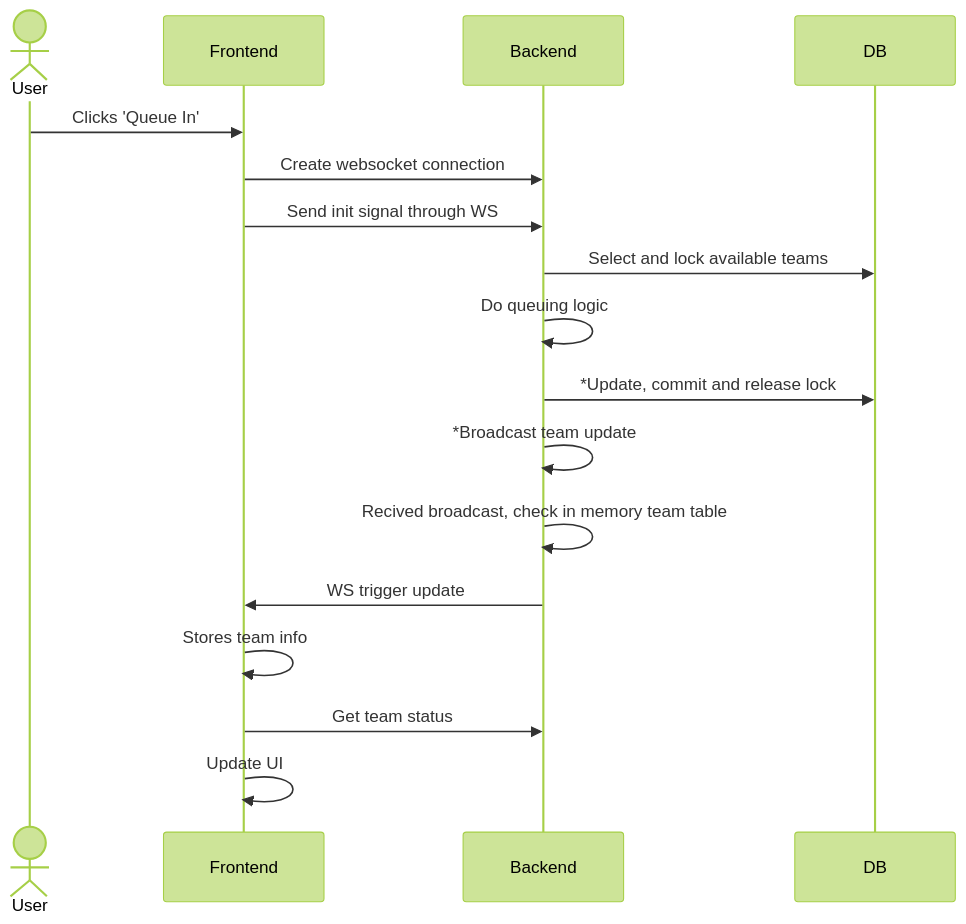
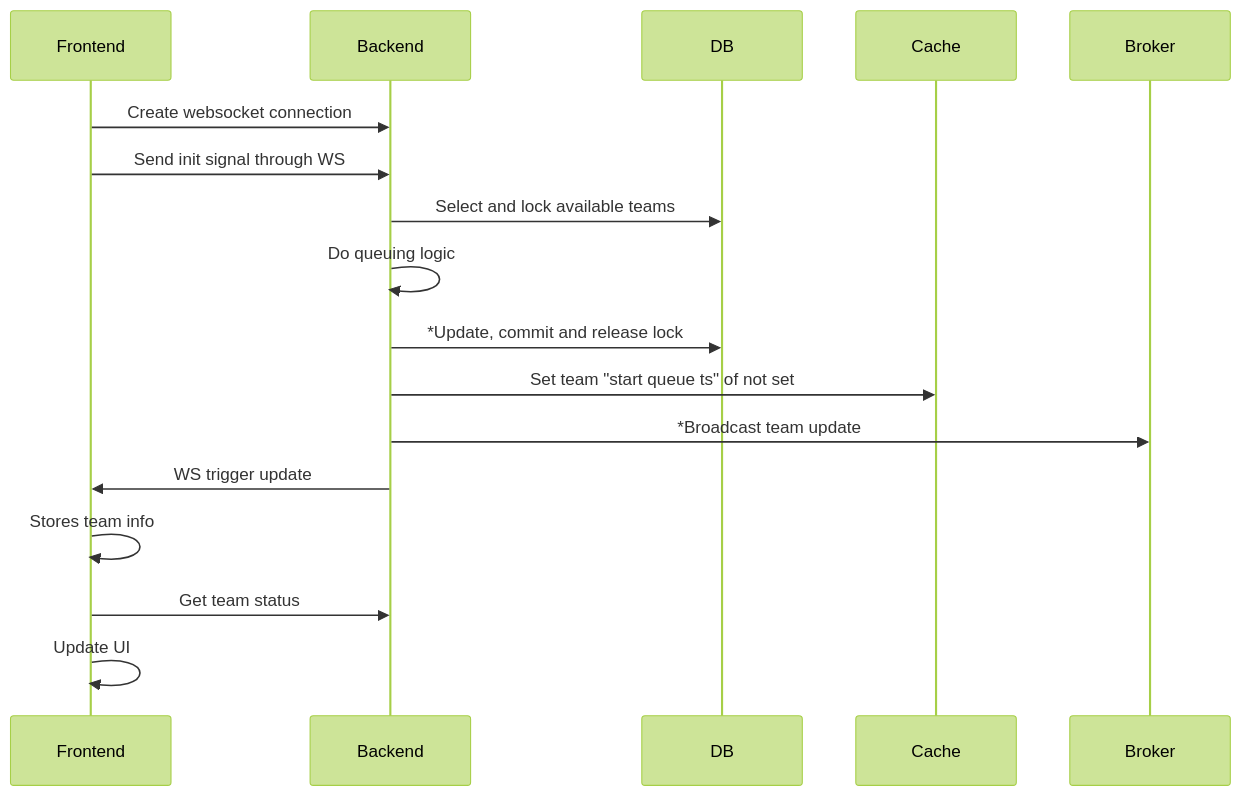
One commit to AlexFangSW/Typephoon changed the second of 4 diagrams in docs/workflows/lobby_multi.md. Above: the diagram before and after it, drawn with Mermaid (forest theme). The commit also changed other lines of this file, not shown here.

````diff
--- a/docs/workflows/lobby_multi.md
+++ b/docs/workflows/lobby_multi.md
@@ -3,16 +28,14 @@
 ```mermaid
 sequenceDiagram
-    actor User
-    User ->> Frontend: Clicks 'Queue In'
     Frontend ->> Backend: Create websocket connection 
     Frontend ->> Backend: Send init signal through WS
     Backend ->> DB: Select and lock available teams 
     Backend ->> Backend: Do queuing logic
     Backend ->> DB: *Update, commit and release lock
-    Backend ->> Backend: *Broadcast team update
-    Backend ->> Backend: Recived broadcast, check in memory team table
+    Backend ->> Cache: Set team "start queue ts" of not set
+    Backend ->> Broker: *Broadcast team update
     Backend ->> Frontend: WS trigger update
     Frontend ->> Frontend: Stores team info
     Frontend ->> Backend: Get team status
     Frontend ->> Frontend: Update UI
 ```
````
